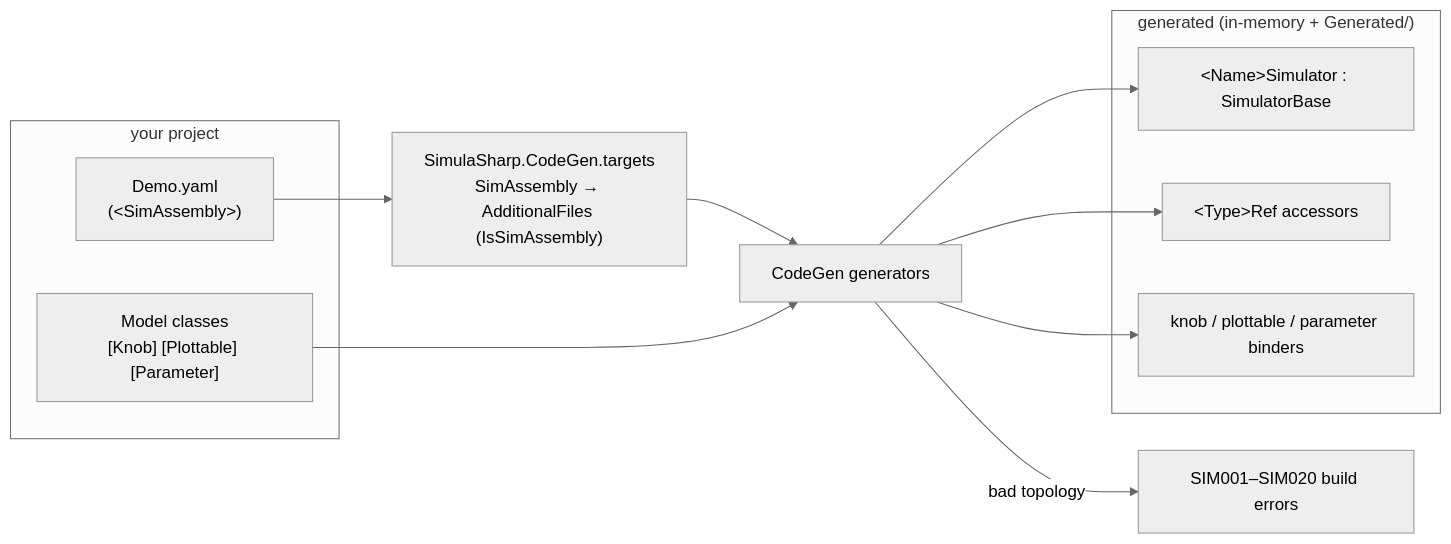
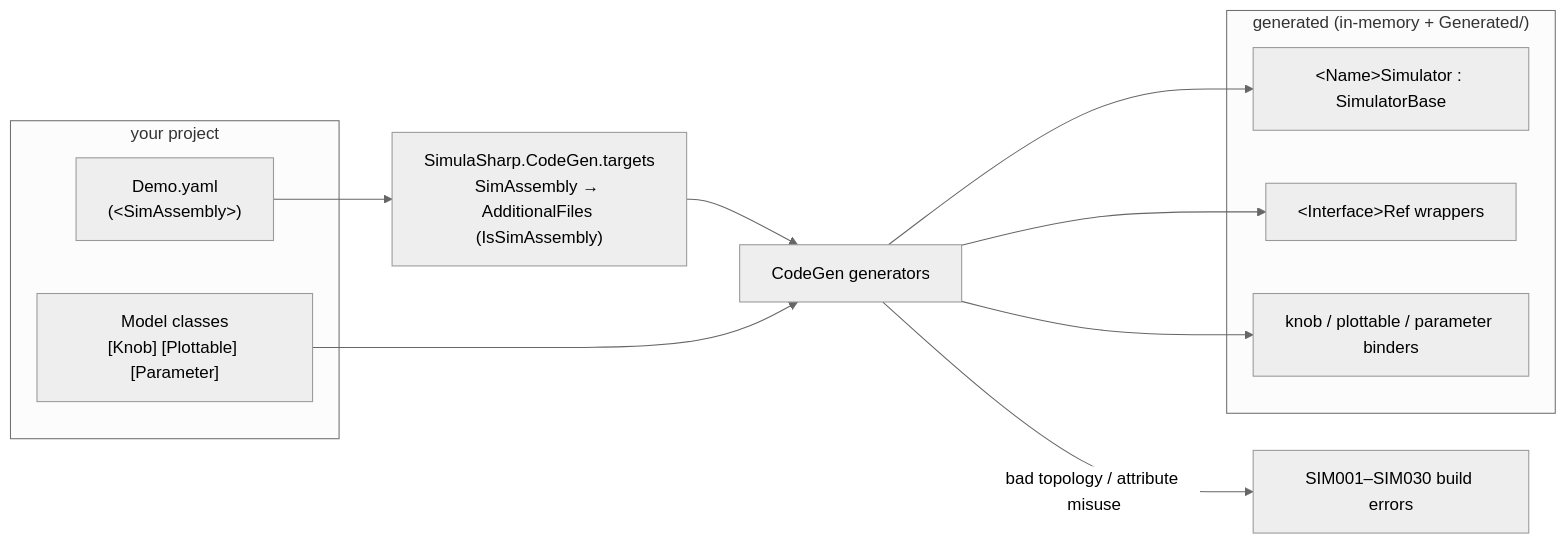
The diagram in public/content/project-setup.md (SimulaSharp-org/simulasharp-docs), drawn with Mermaid (neutral theme) before and after one commit. The commit also changed other lines of this file and 7 other files, not shown here.

````diff
--- a/public/content/project-setup.md
+++ b/public/content/project-setup.md
@@ -121,20 +125,20 @@
 ```mermaid
 flowchart LR
   subgraph inputs["your project"]
     M["Model classes<br/>[Knob] [Plottable] [Parameter]"]
     Y["Demo.yaml<br/>(&lt;SimAssembly&gt;)"]
   end
   T["SimulaSharp.CodeGen.targets<br/>SimAssembly → AdditionalFiles (IsSimAssembly)"]
   G["CodeGen generators"]
   subgraph out["generated (in-memory + Generated/)"]
     SIM["&lt;Name&gt;Simulator : SimulatorBase"]
-    REF["&lt;Type&gt;Ref accessors"]
+    REF["&lt;Interface&gt;Ref wrappers"]
     BIND["knob / plottable / parameter binders"]
   end
   Y --> T --> G
   M --> G
   G --> SIM
   G --> REF
   G --> BIND
-  G -->|"bad topology"| ERR["SIM001–SIM020 build errors"]
+  G -->|"bad topology / attribute misuse"| ERR["SIM001–SIM030 build errors"]
 ```
````
